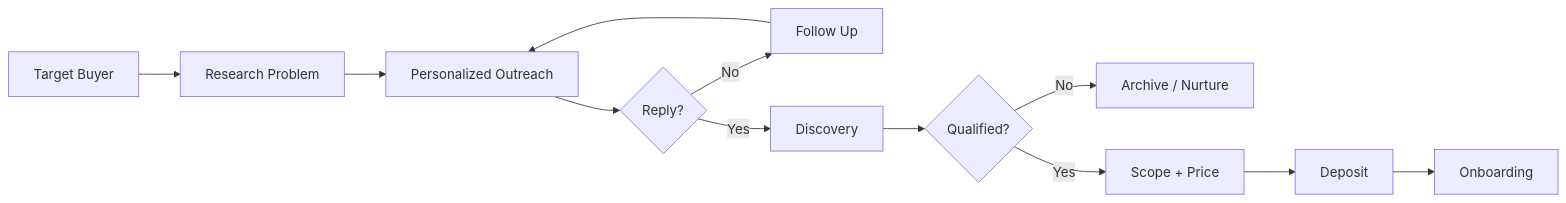
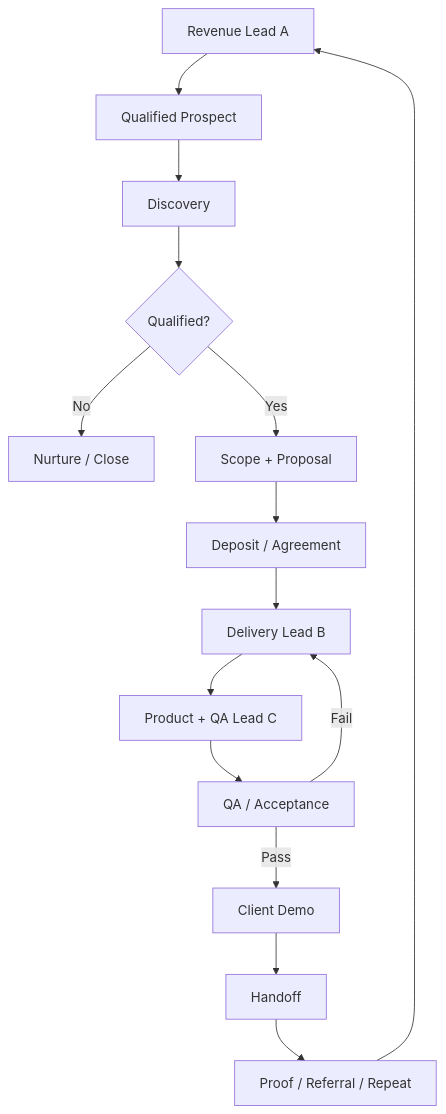
Before and after one commit to sulmanfarooqq/Documentation-: the first of 4 diagrams in 13_UML_Workflows.md, drawn with Mermaid. The commit also changed other lines of this file and 3 other files, not shown here.

````diff
--- a/13_UML_Workflows.md
+++ b/13_UML_Workflows.md
@@ -7,14 +4,17 @@
 ```mermaid
-flowchart LR
-A[Target Buyer] --> B[Research Problem]
-B --> C[Personalized Outreach]
-C --> D{Reply?}
-D -- No --> E[Follow Up]
-E --> C
-D -- Yes --> F[Discovery]
-F --> G{Qualified?}
-G -- No --> H[Archive / Nurture]
-G -- Yes --> I[Scope + Price]
-I --> J[Deposit]
-J --> K[Onboarding]
+flowchart TD
+ A[Revenue Lead A] --> P[Qualified Prospect]
+ P --> D[Discovery]
+ D --> Q{Qualified?}
+ Q -->|No| N[Nurture / Close]
+ Q -->|Yes| S[Scope + Proposal]
+ S --> DP[Deposit / Agreement]
+ DP --> B[Delivery Lead B]
+ B --> C[Product + QA Lead C]
+ C --> T[QA / Acceptance]
+ T -->|Fail| B
+ T -->|Pass| DEMO[Client Demo]
+ DEMO --> H[Handoff]
+ H --> PR[Proof / Referral / Repeat]
+ PR --> A
 ```
````
